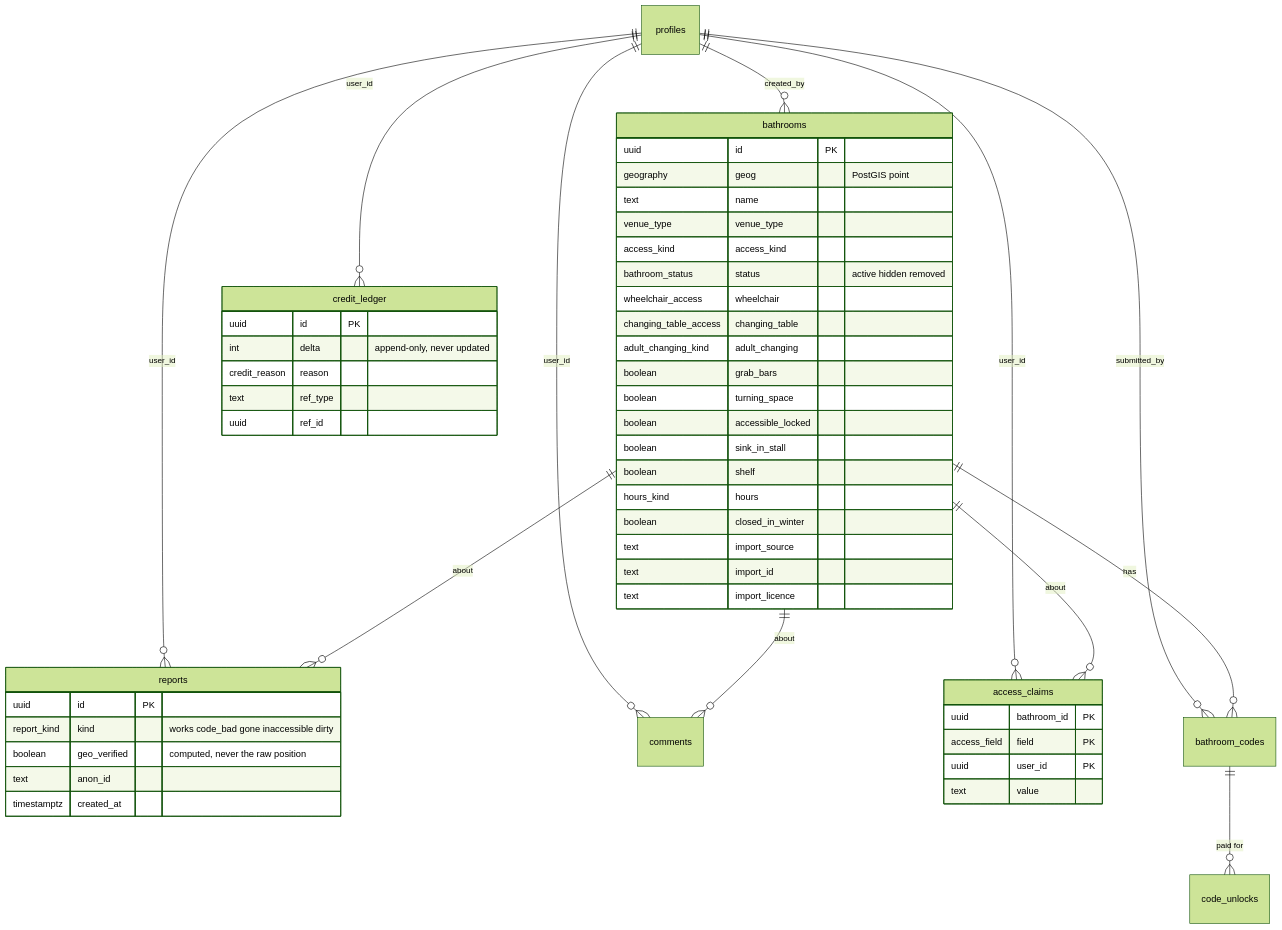
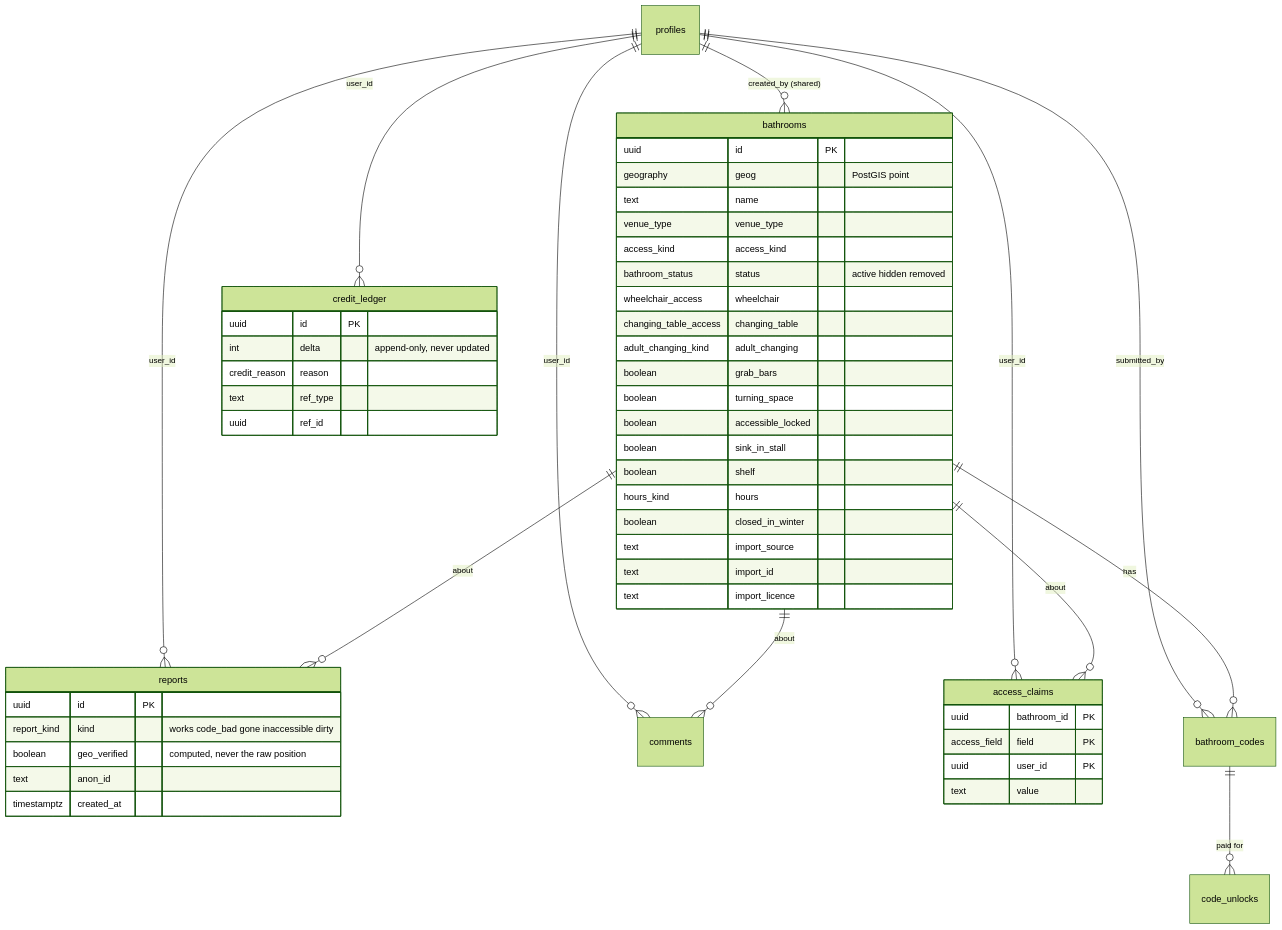
The first of 2 diagrams in docs/data-model.md (minormending/restroom-map), drawn with Mermaid (forest theme) before and after one commit. The commit also changed other lines of this file and 3 other files, not shown here.

````diff
--- a/docs/data-model.md
+++ b/docs/data-model.md
@@ -6,60 +20,60 @@
 ```mermaid
 erDiagram
-    profiles ||--o{ bathrooms : "created_by"
+    profiles ||--o{ bathrooms : "created_by (shared)"
     profiles ||--o{ reports : "user_id"
     profiles ||--o{ comments : "user_id"
     profiles ||--o{ access_claims : "user_id"
     profiles ||--o{ credit_ledger : "user_id"
     profiles ||--o{ bathroom_codes : "submitted_by"
 
     bathrooms ||--o{ bathroom_codes : "has"
     bathrooms ||--o{ reports : "about"
     bathrooms ||--o{ comments : "about"
     bathrooms ||--o{ access_claims : "about"
     bathroom_codes ||--o{ code_unlocks : "paid for"
 
     bathrooms {
         uuid id PK
         geography geog "PostGIS point"
         text name
         venue_type venue_type
         access_kind access_kind
         bathroom_status status "active hidden removed"
         wheelchair_access wheelchair
         changing_table_access changing_table
         adult_changing_kind adult_changing
         boolean grab_bars
         boolean turning_space
         boolean accessible_locked
         boolean sink_in_stall
         boolean shelf
         hours_kind hours
         boolean closed_in_winter
         text import_source
         text import_id
         text import_licence
     }
 
     reports {
         uuid id PK
         report_kind kind "works code_bad gone inaccessible dirty"
         boolean geo_verified "computed, never the raw position"
         text anon_id
         timestamptz created_at
     }
 
     access_claims {
         uuid bathroom_id PK
         access_field field PK
         uuid user_id PK
         text value
     }
 
     credit_ledger {
         uuid id PK
         int delta "append-only, never updated"
         credit_reason reason
         text ref_type
         uuid ref_id
     }
 ```
````
